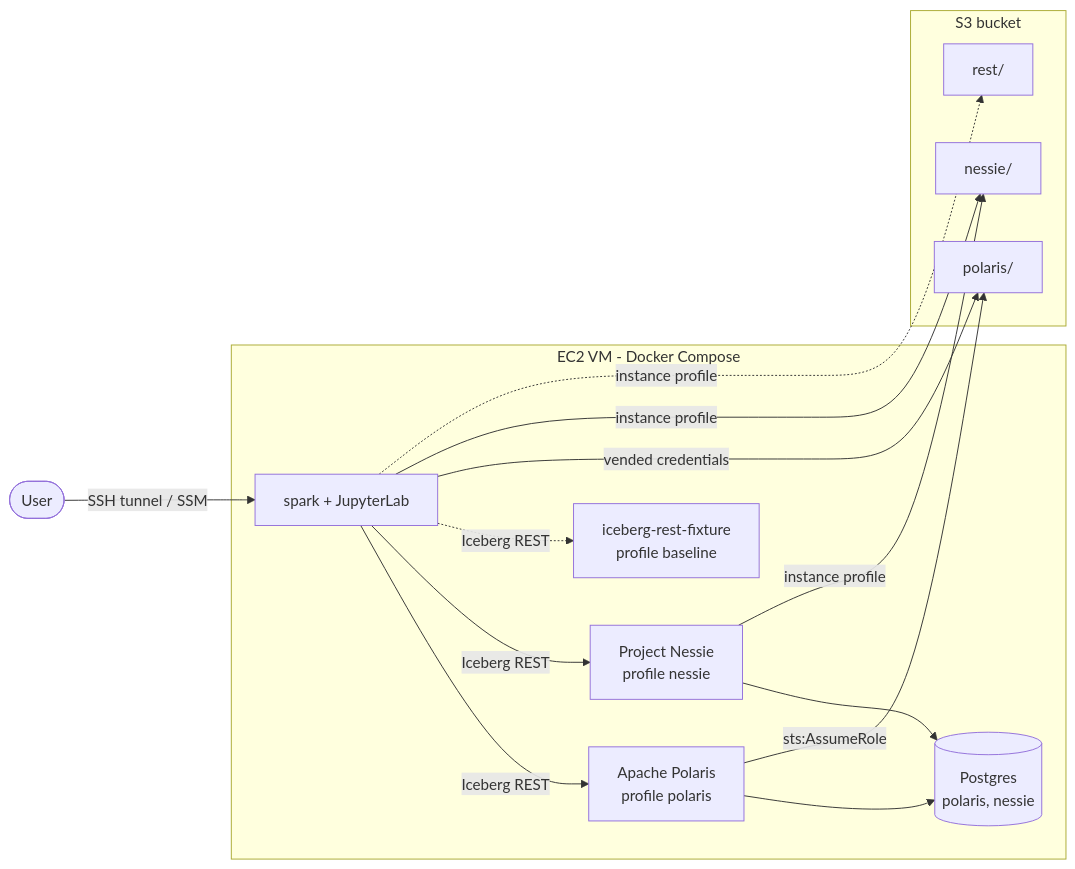
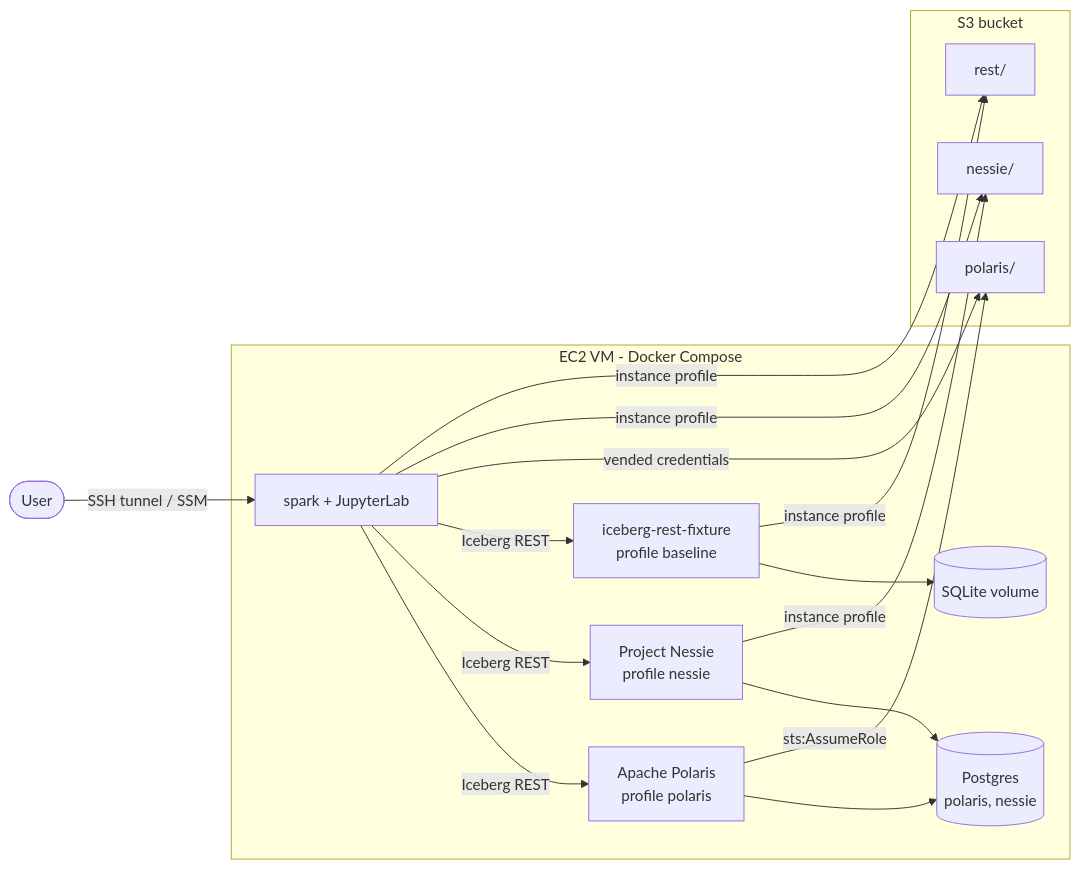
The diagram in README.md (sramazzina/iceberg-platform-poc), drawn with Mermaid before and after one commit. The commit also changed other lines of this file and 2 other files, not shown here.

````diff
--- a/README.md
+++ b/README.md
@@ -28,26 +28,28 @@
 ```mermaid
 flowchart LR
   user([User]) -- SSH tunnel / SSM --> jupyter
   subgraph vm[EC2 VM - Docker Compose]
     jupyter[spark + JupyterLab]
     polaris[Apache Polaris<br/>profile polaris]
     nessie[Project Nessie<br/>profile nessie]
     rest[iceberg-rest-fixture<br/>profile baseline]
     pg[(Postgres<br/>polaris, nessie)]
     jupyter -- Iceberg REST --> polaris
     jupyter -- Iceberg REST --> nessie
-    jupyter -. Iceberg REST .-> rest
+    jupyter -- Iceberg REST --> rest
     polaris --> pg
     nessie --> pg
+    rest --> rfv[(SQLite volume)]
   end
   subgraph s3[S3 bucket]
     p[polaris/]
     n[nessie/]
     r[rest/]
   end
   jupyter -- vended credentials --> p
   jupyter -- instance profile --> n
-  jupyter -. instance profile .-> r
+  jupyter -- instance profile --> r
   polaris -- sts:AssumeRole --> p
   nessie -- instance profile --> n
+  rest -- instance profile --> r
 ```
````
